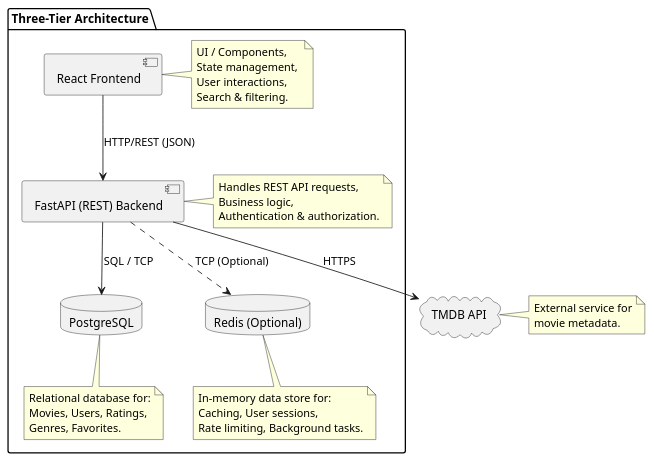
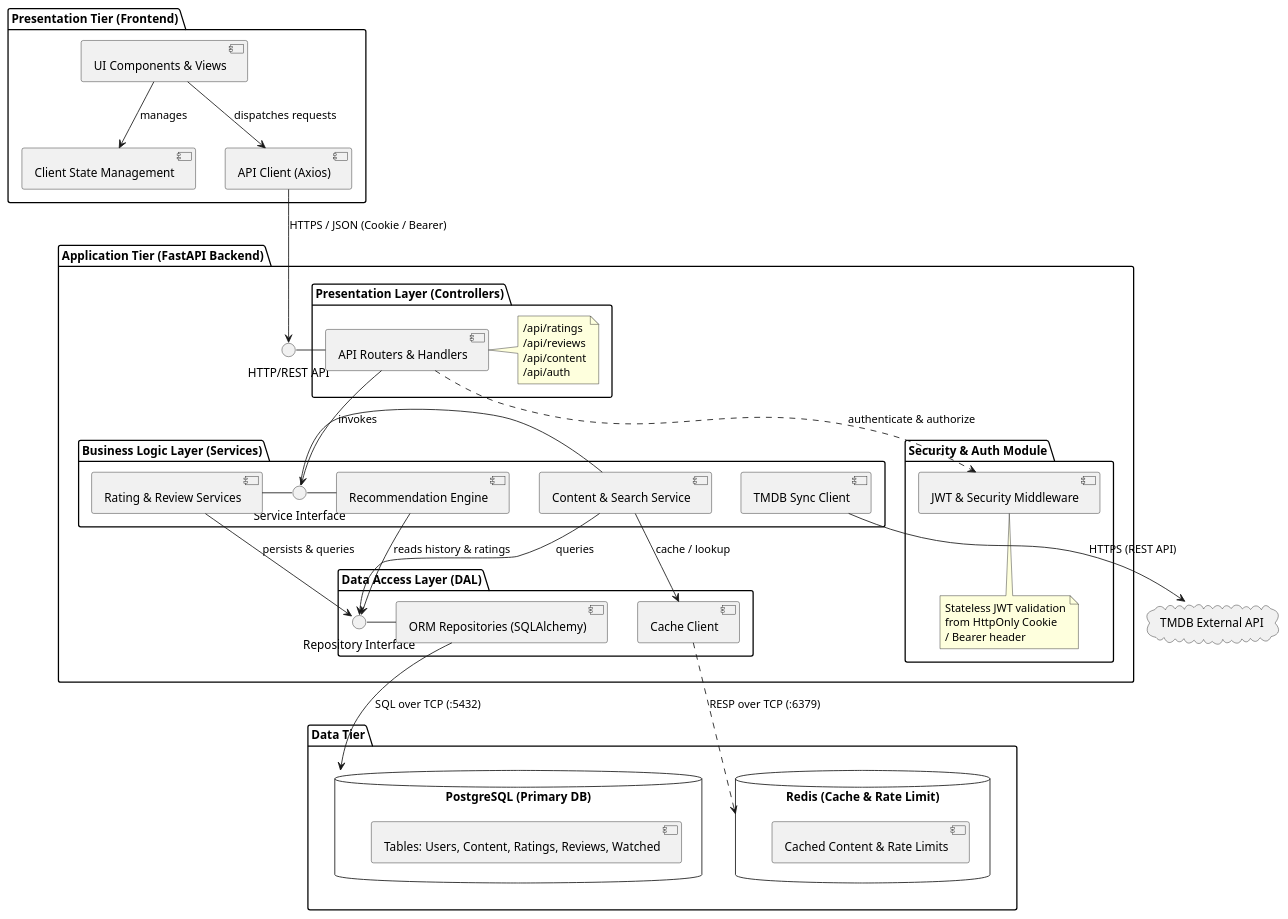
Before and after one commit to ukma-fin-ssdm-2026/ctrl-alt-defeat: the diagram in docs/architecture/uml/component-diagram.puml, drawn with PlantUML. The commit also changed 12 other files, not shown here.

Commit message:
docs: address lab 3 feedback across architecture, diagrams, and data model

```diff
--- a/docs/architecture/uml/component-diagram.puml
+++ b/docs/architecture/uml/component-diagram.puml
@@ -1,48 +1,80 @@
 @startuml
 skinparam componentStyle uml2
 
-package "Three-Tier Architecture" {
-    
-    [React Frontend] as UI
-    note right of UI
-      UI / Components, 
-      State management, 
-      User interactions, 
-      Search & filtering.
-    end note
+package "Presentation Tier (Frontend)" {
+    [UI Components & Views] as UI_Comp
+    [Client State Management] as UI_State
+    [API Client (Axios)] as UI_Client
 
-    [FastAPI (REST) Backend] as API
-    note right of API
-      Handles REST API requests,
-      Business logic,
-      Authentication & authorization.
-    end note
-
-    database "PostgreSQL" as DB
-    note bottom of DB
-      Relational database for:
-      Movies, Users, Ratings,
-      Genres, Favorites.
-    end note
-
-    database "Redis (Optional)" as Cache
-    note bottom of Cache
-      In-memory data store for:
-      Caching, User sessions,
-      Rate limiting, Background tasks.
-    end note
-
+    UI_Comp --> UI_State : manages
+    UI_Comp --> UI_Client : dispatches requests
 }
 
-cloud "TMDB API" as TMDB
-note right of TMDB
-  External service for
-  movie metadata.
-end note
+package "Application Tier (FastAPI Backend)" {
+    () "HTTP/REST API" as HTTP_Interface
 
-UI --> API : HTTP/REST (JSON)
-API --> DB : SQL / TCP
-API ..> Cache : TCP (Optional)
-API --> TMDB : HTTPS
+    package "Presentation Layer (Controllers)" {
+        [API Routers & Handlers] as Controllers
+        note right of Controllers
+          /api/ratings
+          /api/reviews
+          /api/content
+          /api/auth
+        end note
+    }
+
+    package "Security & Auth Module" {
+        [JWT & Security Middleware] as Security
+        note bottom of Security
+          Stateless JWT validation
+          from HttpOnly Cookie
+          / Bearer header
+        end note
+    }
+
+    package "Business Logic Layer (Services)" {
+        () "Service Interface" as Service_Interface
+        [Rating & Review Services] as Logic_Review
+        [Content & Search Service] as Logic_Content
+        [Recommendation Engine] as Logic_Rec
+        [TMDB Sync Client] as Logic_TMDB
+    }
+
+    package "Data Access Layer (DAL)" {
+        () "Repository Interface" as Repo_Interface
+        [ORM Repositories (SQLAlchemy)] as DAL
+        [Cache Client] as Cache_Client
+    }
+
+    HTTP_Interface - Controllers
+    Controllers ..> Security : authenticate & authorize
+    Controllers --> Service_Interface : invokes
+    Service_Interface - Logic_Review
+    Service_Interface - Logic_Content
+    Service_Interface - Logic_Rec
+
+    Logic_Review --> Repo_Interface : persists & queries
+    Logic_Content --> Repo_Interface : queries
+    Logic_Content --> Cache_Client : cache / lookup
+    Logic_Rec --> Repo_Interface : reads history & ratings
+    Repo_Interface - DAL
+}
+
+package "Data Tier" {
+    database "PostgreSQL (Primary DB)" as DB {
+        [Tables: Users, Content, Ratings, Reviews, Watched]
+    }
+
+    database "Redis (Cache & Rate Limit)" as Cache {
+        [Cached Content & Rate Limits]
+    }
+}
+
+cloud "TMDB External API" as TMDB
+
+UI_Client --> HTTP_Interface : HTTPS / JSON (Cookie / Bearer)
+DAL --> DB : SQL over TCP (:5432)
+Cache_Client ..> Cache : RESP over TCP (:6379)
+Logic_TMDB --> TMDB : HTTPS (REST API)
 
 @enduml
```
